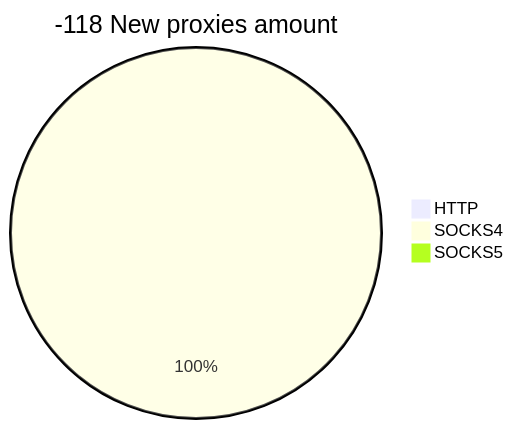
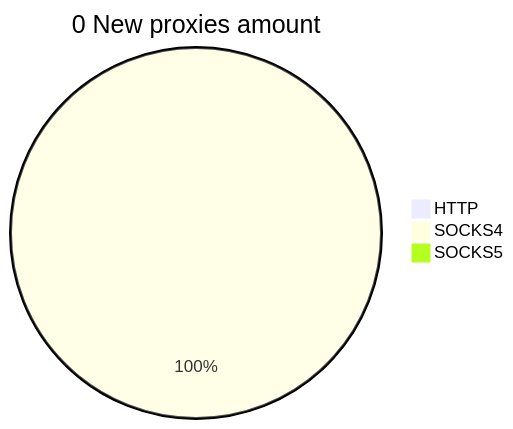
One commit to cutipu/proxylist changed the second of 2 diagrams in README.md. Above: the diagram before and after it, drawn with Mermaid. The commit also changed other lines of this file, not shown here.

````diff
--- a/README.md
+++ b/README.md
@@ -10,6 +10,6 @@
 ```mermaid
-pie title -118 New proxies amount
+pie title 0 New proxies amount
     "HTTP" : 0
-    "SOCKS4" : 1
+    "SOCKS4" : 2
     "SOCKS5" : 0
 ```
````
